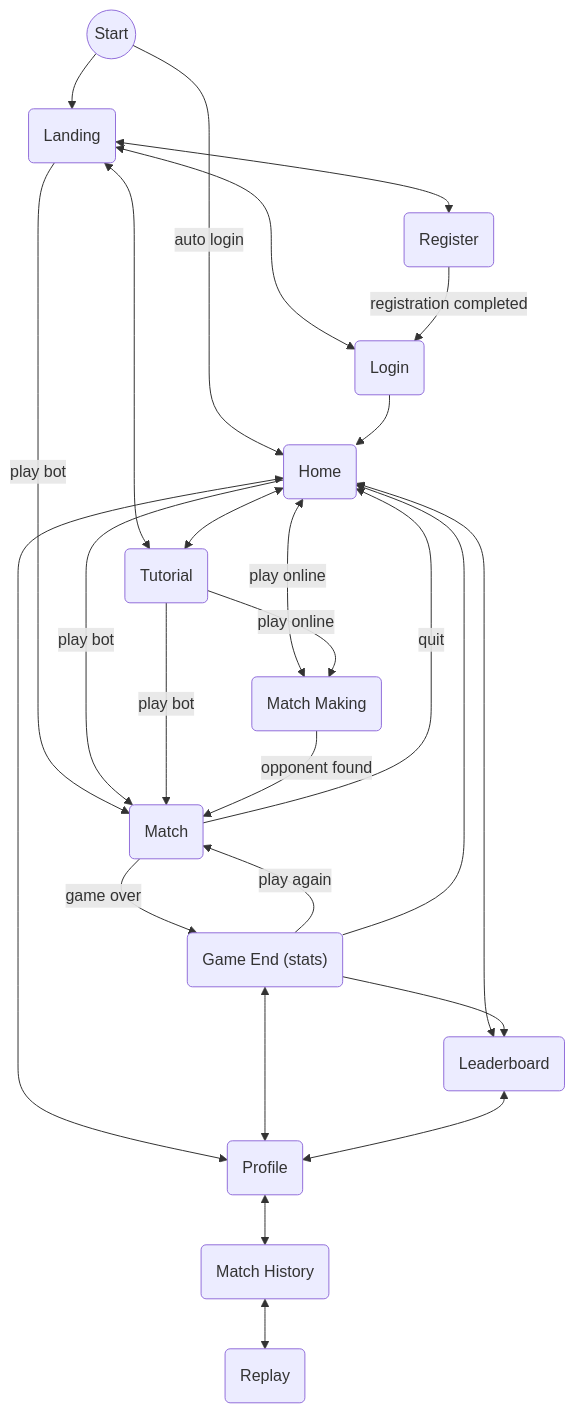
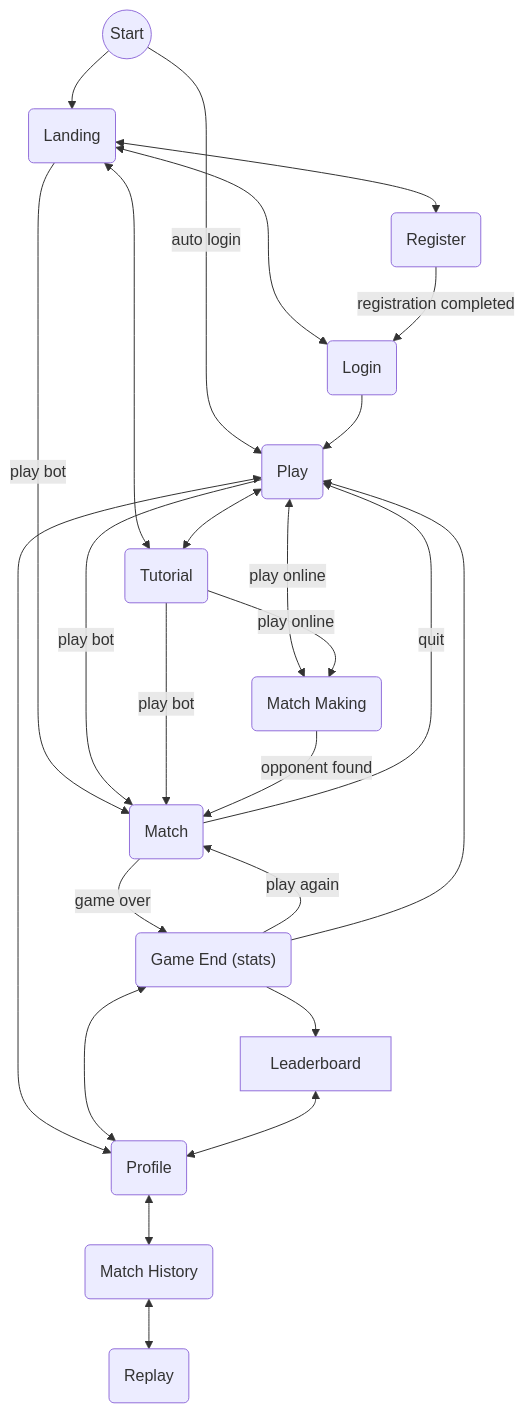
One commit to AndreaB2000/ASW-project changed the diagram in docs/uml/pages-flow.md. Above: the diagram before and after it, drawn with Mermaid.

Commit message:
docs(uml): edit pages flow

````diff
--- a/docs/uml/pages-flow.md
+++ b/docs/uml/pages-flow.md
@@ -3,28 +3,27 @@
 ```mermaid
 flowchart TD
-    A@{ shape: circle, label: "Start" } -->|auto login| Home(Home)
+    A@{ shape: circle, label: "Start" } -->|auto login| Play(Play)
     A@{ shape: circle, label: "Start" } --> Landing(Landing)
     Landing <--> Login(Login)
     Landing <--> Register(Register)
     Landing <--> Tutorial(Tutorial)
     Landing -->|play bot| Match
     Register -->|registration completed| Login
-    Login --> Home
-    Home <--> Tutorial(Tutorial)
-    Home <-->|play online| MatchMaking(Match Making)
-    Home <--> Leaderboard(Leaderboard)
-    Home -->|play bot| Match
-    Home <--> Profile(Profile)
+    Login --> Play
+    Play <--> Tutorial(Tutorial)
+    Play <-->|play online| MatchMaking(Match Making)
+    Play -->|play bot| Match
+    Play <--> Profile(Profile)
     Tutorial -->|play online| MatchMaking
     Tutorial -->|play bot| Match
     MatchMaking -->|opponent found| Match(Match)
-    Match -->|quit| Home
+    Match -->|quit| Play
     Match -->|game over| GameEnd("Game End (stats)")
     GameEnd -->|play again| Match
-    GameEnd --> Home
+    GameEnd --> Play
     GameEnd --> Leaderboard
     GameEnd <--> Profile
     Leaderboard <--> Profile
     Profile <--> MatchHistory(Match History)
     MatchHistory <--> Replay(Replay)
 ```
````
